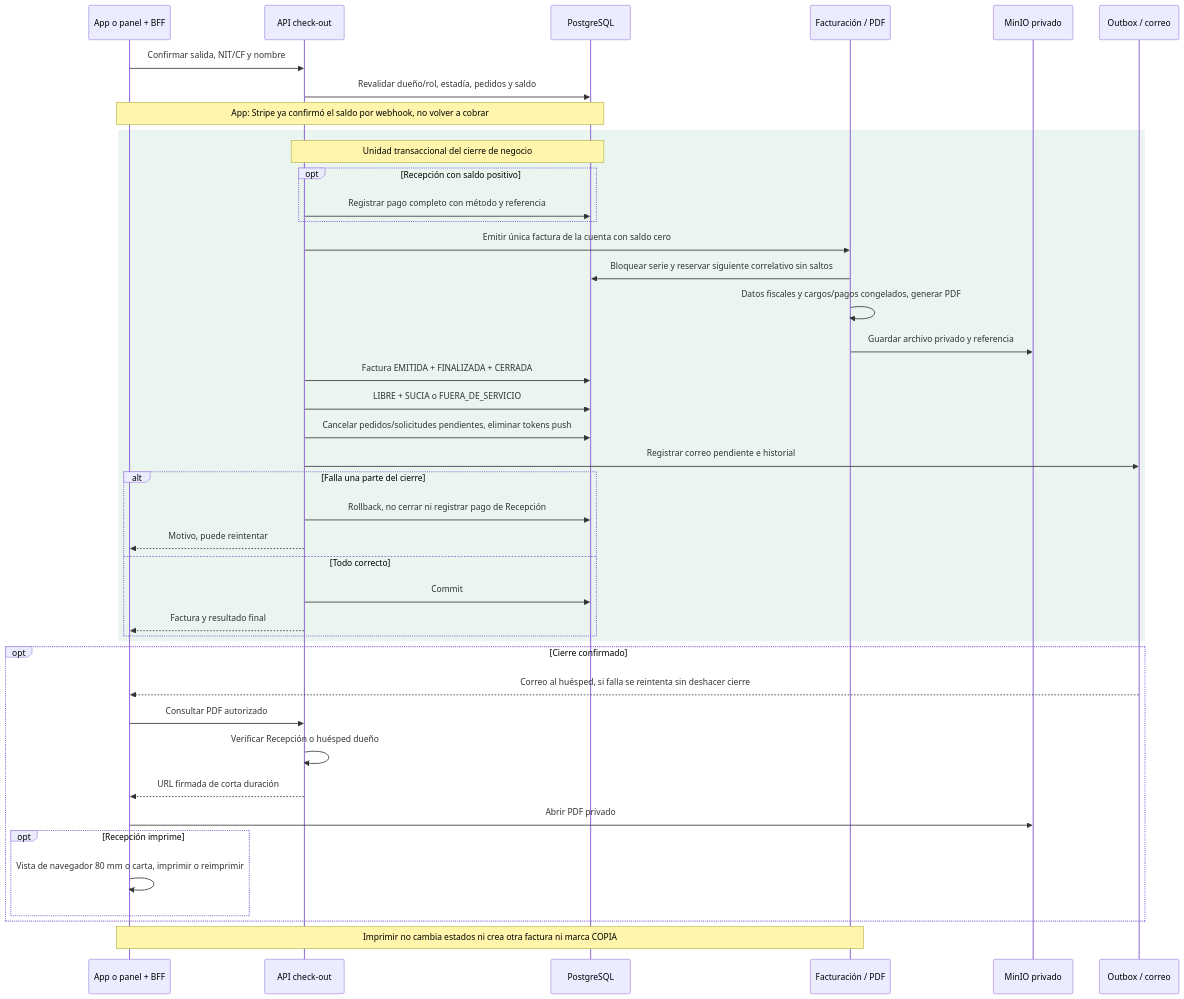
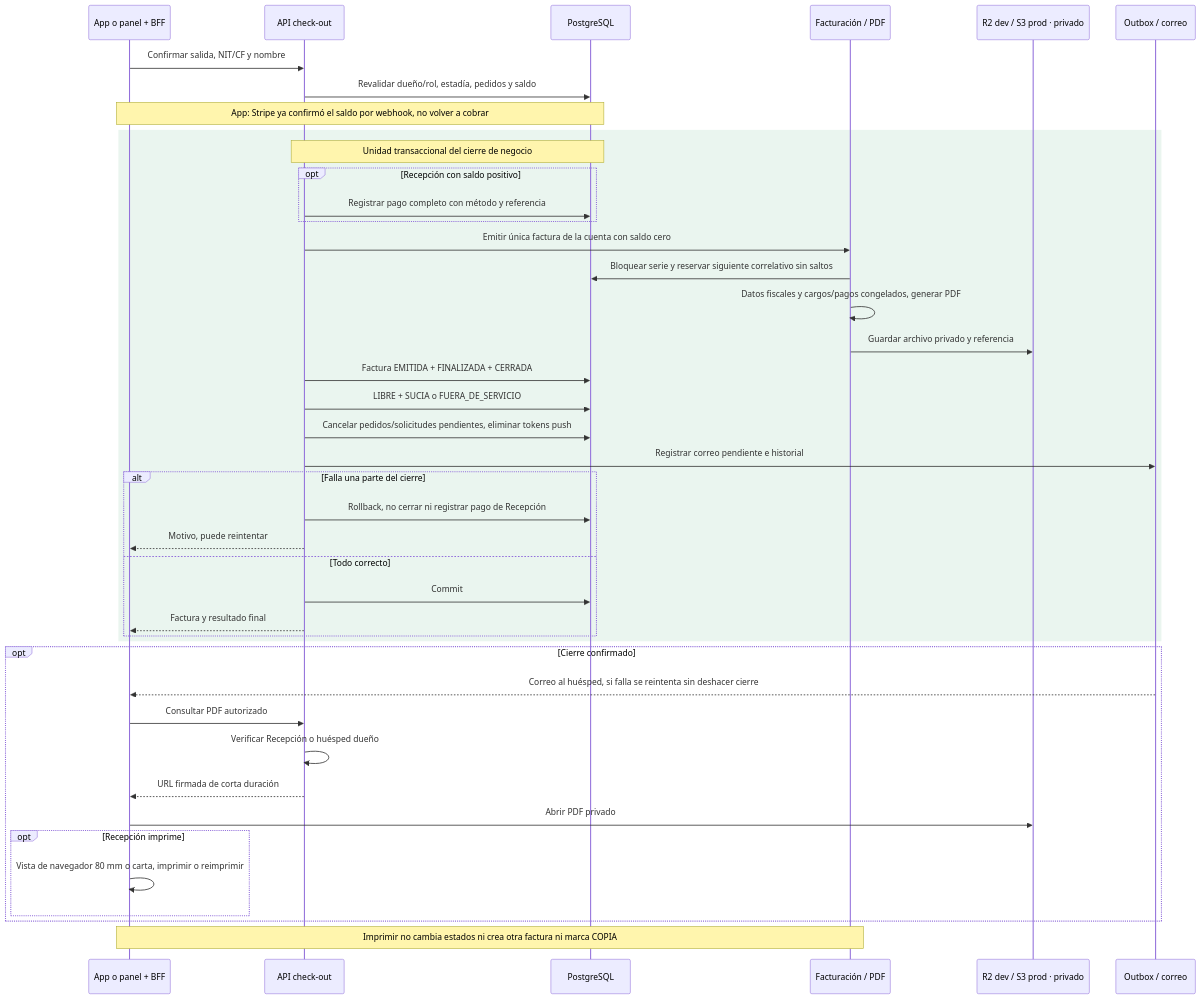
The diagram in 03-arquitectura/diagramas-sistema/18-secuencia-cierre-atomico-factura-y-archivos.md (villaserenaguatee/villa-serena-docs), drawn with Mermaid before and after one commit. The commit also changed 7 other files, not shown here.

Commit message:
docs: registra R2 en dev y S3 en producción sin MinIO (#35)

````diff
--- a/03-arquitectura/diagramas-sistema/18-secuencia-cierre-atomico-factura-y-archivos.md
+++ b/03-arquitectura/diagramas-sistema/18-secuencia-cierre-atomico-factura-y-archivos.md
@@ -7,44 +7,44 @@
 ```mermaid
 sequenceDiagram
   participant U as App o panel + BFF
   participant S as API check-out
   participant D as PostgreSQL
   participant F as Facturación / PDF
-  participant M as MinIO privado
+  participant M as R2 dev / S3 prod · privado
   participant O as Outbox / correo
   U->>S: Confirmar salida, NIT/CF y nombre
   S->>D: Revalidar dueño/rol, estadía, pedidos y saldo
   Note over U,D: App: Stripe ya confirmó el saldo por webhook, no volver a cobrar
   rect rgb(234, 245, 239)
     Note over S,D: Unidad transaccional del cierre de negocio
     opt Recepción con saldo positivo
       S->>D: Registrar pago completo con método y referencia
     end
     S->>F: Emitir única factura de la cuenta con saldo cero
     F->>D: Bloquear serie y reservar siguiente correlativo sin saltos
     F->>F: Datos fiscales y cargos/pagos congelados, generar PDF
     F->>M: Guardar archivo privado y referencia
     S->>D: Factura EMITIDA + FINALIZADA + CERRADA
     S->>D: LIBRE + SUCIA o FUERA_DE_SERVICIO
     S->>D: Cancelar pedidos/solicitudes pendientes, eliminar tokens push
     S->>O: Registrar correo pendiente e historial
     alt Falla una parte del cierre
       S->>D: Rollback, no cerrar ni registrar pago de Recepción
       S-->>U: Motivo, puede reintentar
     else Todo correcto
       S->>D: Commit
       S-->>U: Factura y resultado final
     end
   end
   opt Cierre confirmado
     O-->>U: Correo al huésped, si falla se reintenta sin deshacer cierre
     U->>S: Consultar PDF autorizado
     S->>S: Verificar Recepción o huésped dueño
     S-->>U: URL firmada de corta duración
     U->>M: Abrir PDF privado
     opt Recepción imprime
       U->>U: Vista de navegador 80 mm o carta, imprimir o reimprimir
     end
   end
   Note over U,F: Imprimir no cambia estados ni crea otra factura ni marca COPIA
 ```
````
